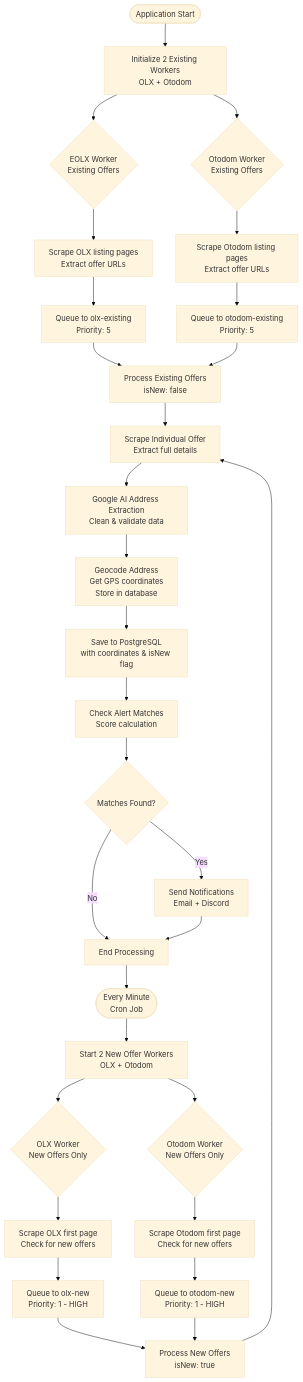
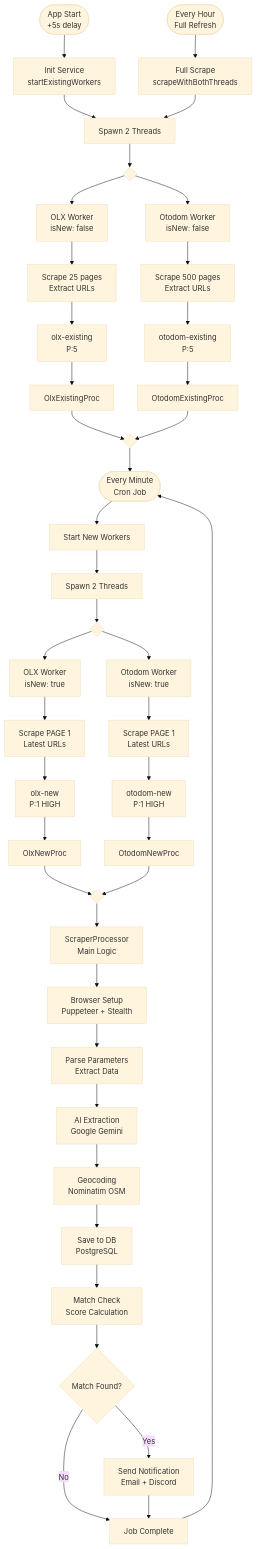
Before and after one commit to Mieszkaniownik/mieszkaniownik: the fifth of 8 diagrams in README.md, drawn with Mermaid (base theme). The commit also changed other lines of this file and 2 other files, not shown here.

````diff
--- a/README.md
+++ b/README.md
@@ -302,47 +315,61 @@
 ```mermaid
-flowchart TD
-    START([Application Start]) --> INIT_WORKERS[Initialize 2 Existing Workers<br/>OLX + Otodom]
+flowchart TB
+    START([App Start<br/>+5s delay])
+    START --> INIT[Init Service<br/>startExistingWorkers]
+    INIT --> SPAWN_EXIST[Spawn 2 Threads]
 
-    INIT_WORKERS --> EOW_START{EOLX Worker<br/>Existing Offers}
-    INIT_WORKERS --> EOTW_START{Otodom Worker<br/>Existing Offers}
+    SPAWN_EXIST --> SPLIT_EXIST{ }
+    SPLIT_EXIST --> OLX_EXIST[OLX Worker<br/>isNew: false]
+    SPLIT_EXIST --> OTDM_EXIST[Otodom Worker<br/>isNew: false]
 
-    EOW_START --> EOW_SCRAPE[Scrape OLX listing pages<br/>Extract offer URLs]
-    EOTW_START --> EOTW_SCRAPE[Scrape Otodom listing pages<br/>Extract offer URLs]
+    OLX_EXIST --> OLX_SCRAPE[Scrape 25 pages<br/>Extract URLs]
+    OTDM_EXIST --> OTDM_SCRAPE[Scrape 500 pages<br/>Extract URLs]
 
-    EOW_SCRAPE --> EOW_QUEUE[Queue to olx-existing<br/>Priority: 5]
-    EOTW_SCRAPE --> EOTW_QUEUE[Queue to otodom-existing<br/>Priority: 5]
+    OLX_SCRAPE --> OLX_Q[olx-existing<br/>P:5]
+    OTDM_SCRAPE --> OTDM_Q[otodom-existing<br/>P:5]
 
-    EOW_QUEUE --> PROCESS_EXISTING[Process Existing Offers<br/>isNew: false]
-    EOTW_QUEUE --> PROCESS_EXISTING
+    OLX_Q --> OLX_PROC[OlxExistingProc]
+    OTDM_Q --> OTDM_PROC[OtodomExistingProc]
 
-    %% Cron job every minute
-    CRON_MINUTE([Every Minute<br/>Cron Job]) --> NEW_WORKERS[Start 2 New Offer Workers<br/>OLX + Otodom]
+    OLX_PROC --> MERGE_EXIST{ }
+    OTDM_PROC --> MERGE_EXIST
 
-    NEW_WORKERS --> EOW_NEW{OLX Worker<br/>New Offers Only}
-    NEW_WORKERS --> EOTW_NEW{Otodom Worker<br/>New Offers Only}
+    MERGE_EXIST --> CRON_MIN([Every Minute<br/>Cron Job])
+    CRON_MIN --> NEW_INIT[Start New Workers]
+    NEW_INIT --> SPAWN_NEW[Spawn 2 Threads]
 
-    EOW_NEW --> EOW_NEW_SCRAPE[Scrape OLX first page<br/>Check for new offers]
-    EOTW_NEW --> EOTW_NEW_SCRAPE[Scrape Otodom first page<br/>Check for new offers]
+    SPAWN_NEW --> SPLIT_NEW{ }
+    SPLIT_NEW --> OLX_NEW[OLX Worker<br/>isNew: true]
+    SPLIT_NEW --> OTDM_NEW[Otodom Worker<br/>isNew: true]
 
-    EOW_NEW_SCRAPE --> EOW_NEW_QUEUE[Queue to olx-new<br/>Priority: 1 - HIGH]
-    EOTW_NEW_SCRAPE --> EOTW_NEW_QUEUE[Queue to otodom-new<br/>Priority: 1 - HIGH]
+    OLX_NEW --> OLX_NEW_SCRAPE[Scrape PAGE 1<br/>Latest URLs]
+    OTDM_NEW --> OTDM_NEW_SCRAPE[Scrape PAGE 1<br/>Latest URLs]
 
-    EOW_NEW_QUEUE --> PROCESS_NEW[Process New Offers<br/>isNew: true]
-    EOTW_NEW_QUEUE --> PROCESS_NEW
+    OLX_NEW_SCRAPE --> OLX_NEW_Q[olx-new<br/>P:1 HIGH]
+    OTDM_NEW_SCRAPE --> OTDM_NEW_Q[otodom-new<br/>P:1 HIGH]
 
-    %% Processing flow
-    PROCESS_EXISTING --> SCRAPE_DETAILS[Scrape Individual Offer<br/>Extract full details]
-    PROCESS_NEW --> SCRAPE_DETAILS
+    OLX_NEW_Q --> OLX_NEW_PROC[OlxNewProc]
+    OTDM_NEW_Q --> OTDM_NEW_PROC[OtodomNewProc]
 
-    SCRAPE_DETAILS --> AI_EXTRACT[Google AI Address Extraction<br/>Clean & validate data]
-    AI_EXTRACT --> GEOCODE[Geocode Address<br/>Get GPS coordinates<br/>Store in database]
-    GEOCODE --> SAVE_DB[Save to PostgreSQL<br/>with coordinates & isNew flag]
-    SAVE_DB --> MATCH_CHECK[Check Alert Matches<br/>Score calculation]
-    MATCH_CHECK --> NOTIFY{Matches Found?}
+    OLX_NEW_PROC --> MERGE_NEW{ }
+    OTDM_NEW_PROC --> MERGE_NEW
 
-    NOTIFY -->|Yes| SEND_NOTIFICATIONS[Send Notifications<br/>Email + Discord]
-    NOTIFY -->|No| END_PROCESS[End Processing]
-    SEND_NOTIFICATIONS --> END_PROCESS
+    MERGE_NEW --> MAIN_PROC[ScraperProcessor<br/>Main Logic]
 
-    END_PROCESS --> CRON_MINUTE
+    MAIN_PROC --> BROWSER[Browser Setup<br/>Puppeteer + Stealth]
+    BROWSER --> PARSE[Parse Parameters<br/>Extract Data]
+    PARSE --> AI[AI Extraction<br/>Google Gemini]
+    AI --> GEO[Geocoding<br/>Nominatim OSM]
+    GEO --> SAVE[Save to DB<br/>PostgreSQL]
+    SAVE --> MATCH[Match Check<br/>Score Calculation]
+    MATCH --> DECISION{Match Found?}
+
+    DECISION -->|Yes| NOTIFY[Send Notification<br/>Email + Discord]
+    DECISION -->|No| END[Job Complete]
+    NOTIFY --> END
+
+    CRON_HOUR([Every Hour<br/>Full Refresh])
+    CRON_HOUR --> FULL[Full Scrape<br/>scrapeWithBothThreads]
+    FULL --> SPAWN_EXIST
+    END --> CRON_MIN
 ```
````
